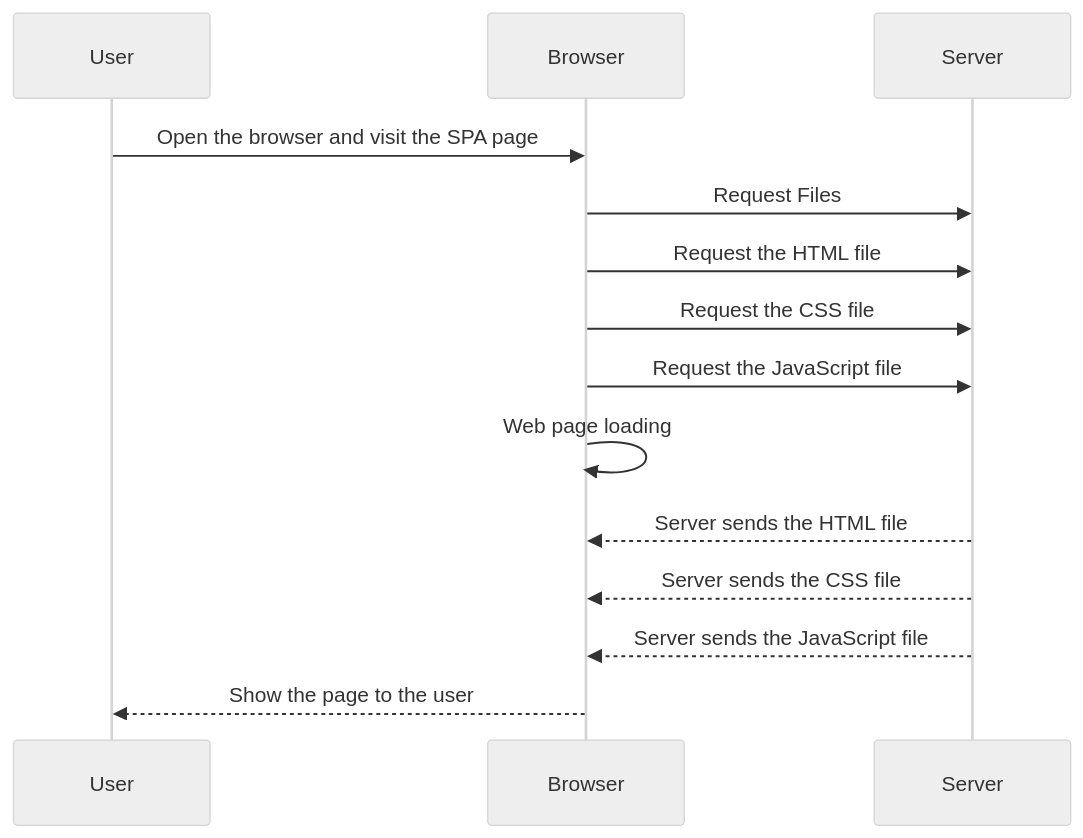
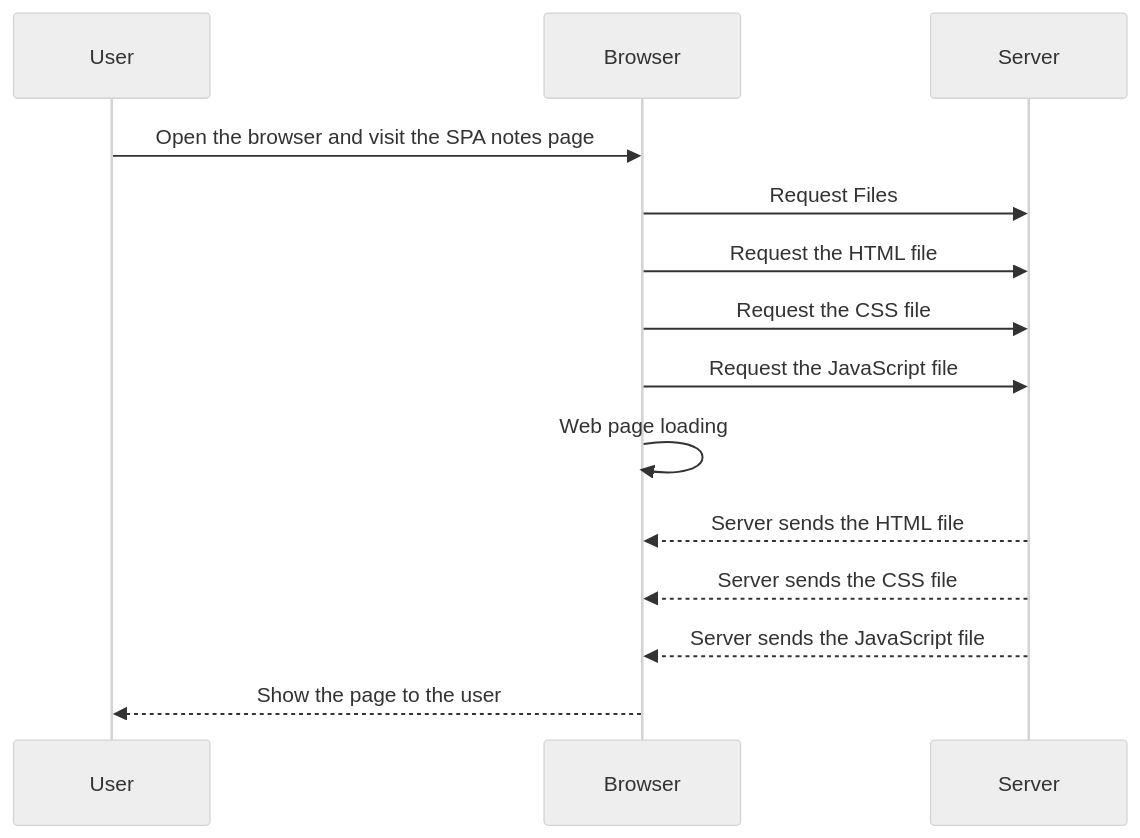
One commit to 0sc4rj/fullstack changed the diagram in part0/exercise05.md. Above: the diagram before and after it, drawn with Mermaid (neutral theme).

Commit message:
Exercise

````diff
--- a/part0/exercise05.md
+++ b/part0/exercise05.md
@@ -3,17 +3,17 @@
 ```mermaid
 sequenceDiagram
     participant User
     participant Browser
     participant Server
 
-    User->>Browser: Open the browser and visit the SPA page
+    User->>Browser: Open the browser and visit the SPA notes page
     Browser->>Server: Request Files
     Browser->>Server: Request the HTML file
     Browser->>Server: Request the CSS file
     Browser->>Server: Request the JavaScript file
     Browser->>Browser: Web page loading
     Server-->>Browser: Server sends the HTML file
     Server-->>Browser: Server sends the CSS file
     Server-->>Browser: Server sends the JavaScript file
     Browser-->>User: Show the page to the user
 ```
````
